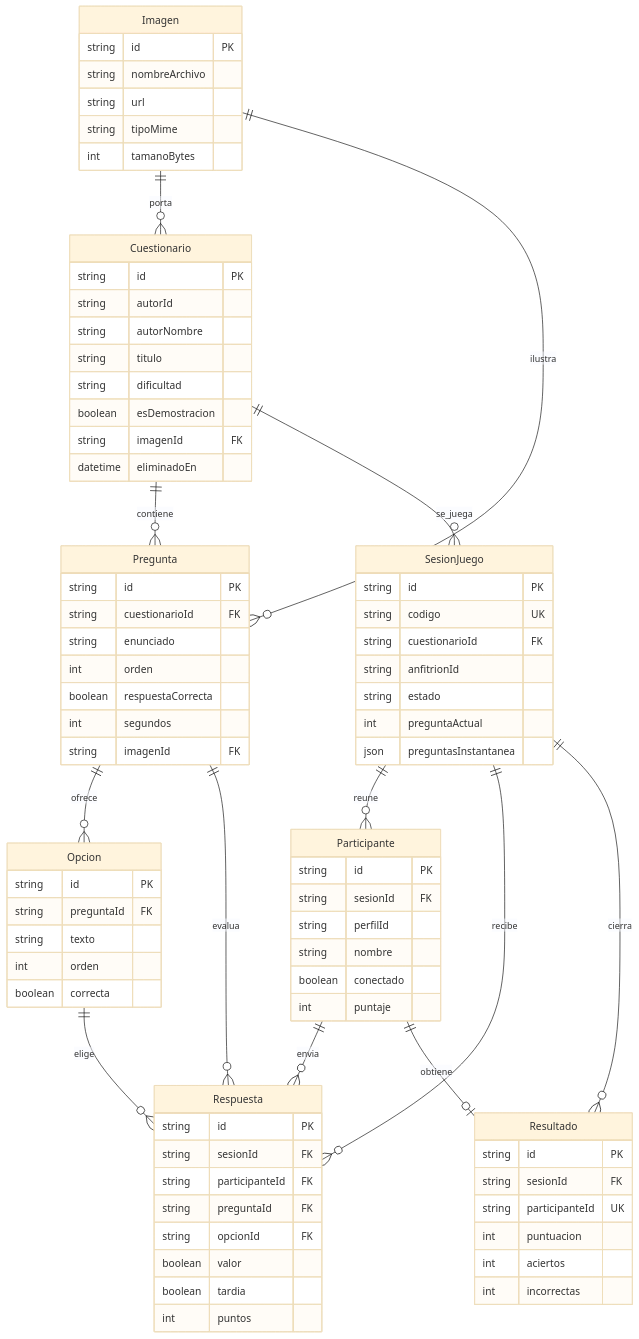
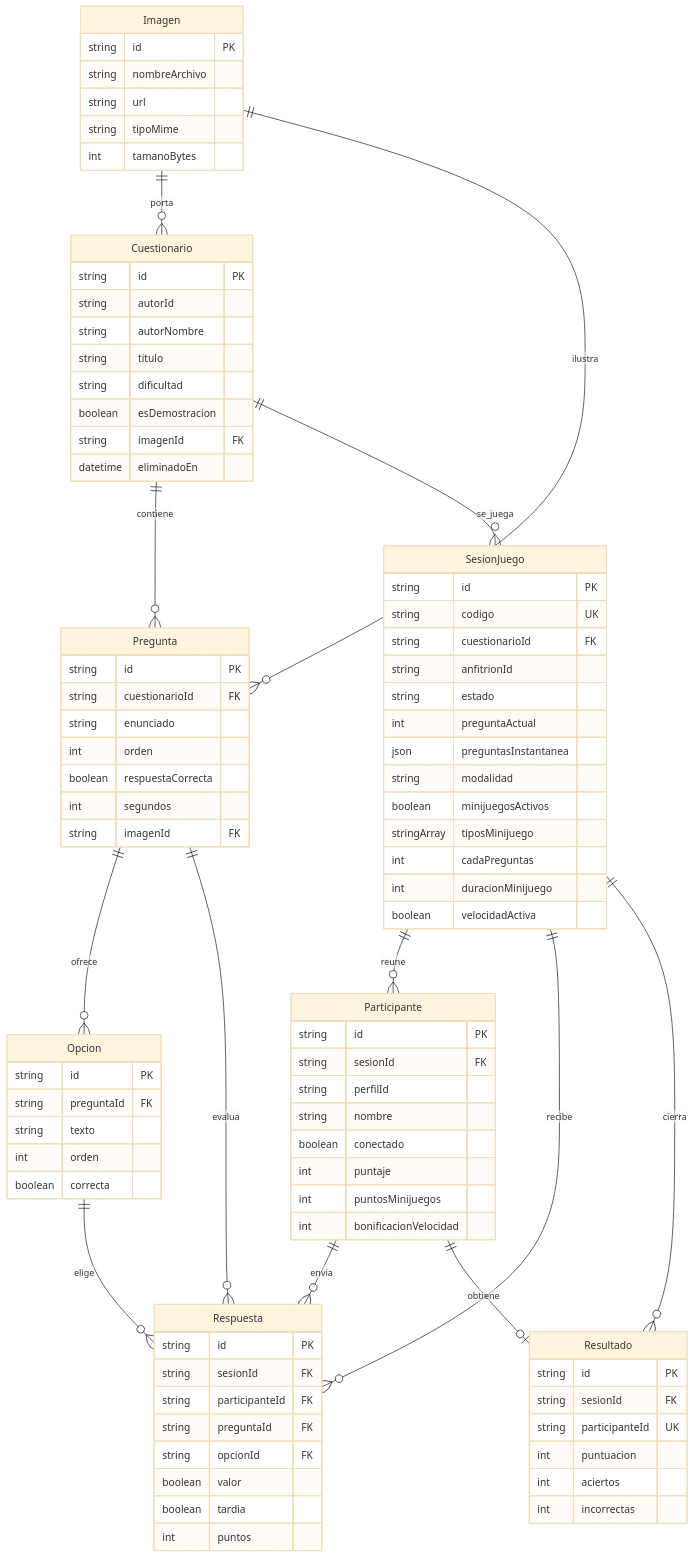
The second of 2 diagrams in docs/diagramas/modelo-datos.md (ilovejdg2-lang/ProyectofinalParadigma), drawn with Mermaid (base theme) before and after one commit. The commit also changed other lines of this file, not shown here.

Commit message:
docs(data): reflect minigame session fields

```diff
--- a/docs/diagramas/modelo-datos.md
+++ b/docs/diagramas/modelo-datos.md
@@ -119,6 +119,12 @@
     string estado
     int preguntaActual
     json preguntasInstantanea
+    string modalidad
+    boolean minijuegosActivos
+    stringArray tiposMinijuego
+    int cadaPreguntas
+    int duracionMinijuego
+    boolean velocidadActiva
   }
   Participante {
     string id PK
@@ -127,6 +133,8 @@
     string nombre
     boolean conectado
     int puntaje
+    int puntosMinijuegos
+    int bonificacionVelocidad
   }
   Respuesta {
     string id PK
```
